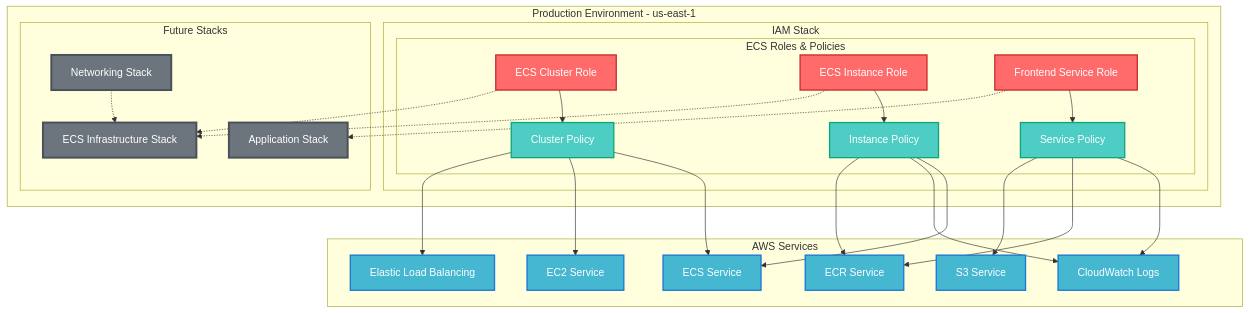
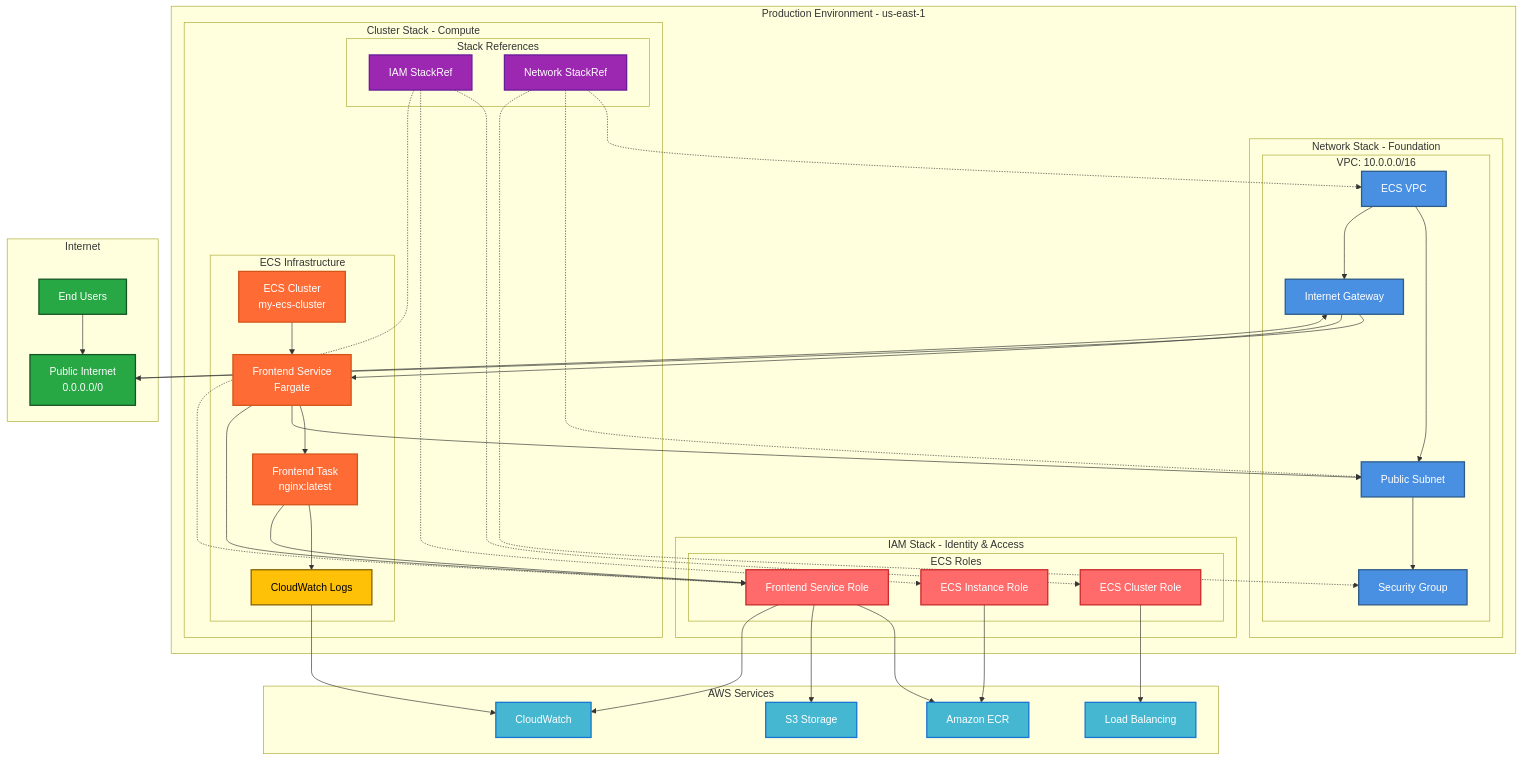
The first of 2 diagrams in master/overview.md (Elisabeth-Team/Architecture-Diagrams), drawn with Mermaid before and after one commit. The commit also changed other lines of this file and 2 other files, not shown here.

Commit message:
Update architecture diagrams for complete ECS infrastructure

````diff
--- a/master/overview.md
+++ b/master/overview.md
@@ -13,60 +17,92 @@
     %% Define styles
     classDef aws fill:#FF9900,stroke:#232F3E,stroke-width:2px,color:#fff
     classDef iam fill:#FF6B6B,stroke:#C92A2A,stroke-width:2px,color:#fff
-    classDef policy fill:#4ECDC4,stroke:#0CA678,stroke-width:2px,color:#fff
+    classDef vpc fill:#4A90E2,stroke:#2E5C8A,stroke-width:2px,color:#fff
+    classDef ecs fill:#FF6B35,stroke:#D4541A,stroke-width:2px,color:#fff
     classDef service fill:#45B7D1,stroke:#1976D2,stroke-width:2px,color:#fff
-    classDef stack fill:#6C757D,stroke:#495057,stroke-width:3px,color:#fff
+    classDef logs fill:#FFC107,stroke:#856404,stroke-width:2px,color:#000
+    classDef stackref fill:#9C27B0,stroke:#6A1B9A,stroke-width:2px,color:#fff
+    classDef internet fill:#28A745,stroke:#155724,stroke-width:2px,color:#fff
     
     subgraph "Production Environment - us-east-1"
-        subgraph "IAM Stack"
-            subgraph "ECS Roles & Policies"
+        subgraph "IAM Stack - Identity & Access"
+            subgraph "ECS Roles"
                 ECR[ECS Cluster Role]:::iam
                 EIR[ECS Instance Role]:::iam
                 FSR[Frontend Service Role]:::iam
-                
-                ECRP[Cluster Policy]:::policy
-                EIRP[Instance Policy]:::policy
-                FSRP[Service Policy]:::policy
             end
         end
         
-        subgraph "Future Stacks"
-            FUTURE1[ECS Infrastructure Stack]:::stack
-            FUTURE2[Application Stack]:::stack
-            FUTURE3[Networking Stack]:::stack
+        subgraph "Network Stack - Foundation"
+            subgraph "VPC: 10.0.0.0/16"
+                VPC[ECS VPC]:::vpc
+                SUBNET[Public Subnet]:::vpc
+                IGW[Internet Gateway]:::vpc
+                SG[Security Group]:::vpc
+            end
+        end
+        
+        subgraph "Cluster Stack - Compute"
+            subgraph "ECS Infrastructure"
+                CLUSTER[ECS Cluster<br/>my-ecs-cluster]:::ecs
+                TASKDEF[Frontend Task<br/>nginx:latest]:::ecs
+                SERVICE[Frontend Service<br/>Fargate]:::ecs
+                LOGS[CloudWatch Logs]:::logs
+            end
+            
+            subgraph "Stack References"
+                IAM_REF[IAM StackRef]:::stackref
+                NET_REF[Network StackRef]:::stackref
+            end
         end
     end
     
     subgraph "AWS Services"
-        ECS[ECS Service]:::service
-        EC2[EC2 Service]:::service
-        ECR_SVC[ECR Service]:::service
-        LOGS[CloudWatch Logs]:::service
-        S3[S3 Service]:::service
-        ELB[Elastic Load Balancing]:::service
+        ECR_SVC[Amazon ECR]:::service
+        CW[CloudWatch]:::service
+        ELB[Load Balancing]:::service
+        S3[S3 Storage]:::service
     end
     
-    %% Current relationships
-    ECR --> ECRP
-    EIR --> EIRP
-    FSR --> FSRP
+    subgraph "Internet"
+        INTERNET[Public Internet<br/>0.0.0.0/0]:::internet
+        USERS[End Users]:::internet
+    end
     
-    %% Service relationships
-    ECRP --> ECS
-    ECRP --> EC2
-    ECRP --> ELB
+    %% Cross-stack relationships via StackReferences
+    IAM_REF -.-> ECR
+    IAM_REF -.-> EIR
+    IAM_REF -.-> FSR
+    NET_REF -.-> VPC
+    NET_REF -.-> SUBNET
+    NET_REF -.-> SG
     
-    EIRP --> ECS
-    EIRP --> LOGS
-    EIRP --> ECR_SVC
+    %% Infrastructure relationships
+    VPC --> SUBNET
+    VPC --> IGW
+    SUBNET --> SG
+    IGW --> INTERNET
     
-    FSRP --> LOGS
-    FSRP --> ECR_SVC
-    FSRP --> S3
+    %% ECS relationships
+    CLUSTER --> SERVICE
+    SERVICE --> TASKDEF
+    TASKDEF --> LOGS
     
-    %% Future stack dependencies (will be updated when stacks are created)
-    ECR -.-> FUTURE1
-    EIR -.-> FUTURE1
-    FSR -.-> FUTURE2
-    FUTURE3 -.-> FUTURE1
+    %% Service execution relationships
+    SERVICE --> SUBNET
+    SERVICE --> FSR
+    TASKDEF --> FSR
+    
+    %% External service relationships
+    FSR --> ECR_SVC
+    FSR --> S3
+    FSR --> CW
+    ECR --> ELB
+    EIR --> ECR_SVC
+    LOGS --> CW
+    
+    %% User traffic flow
+    USERS --> INTERNET
+    INTERNET --> IGW
+    IGW --> SERVICE
 ```
````
